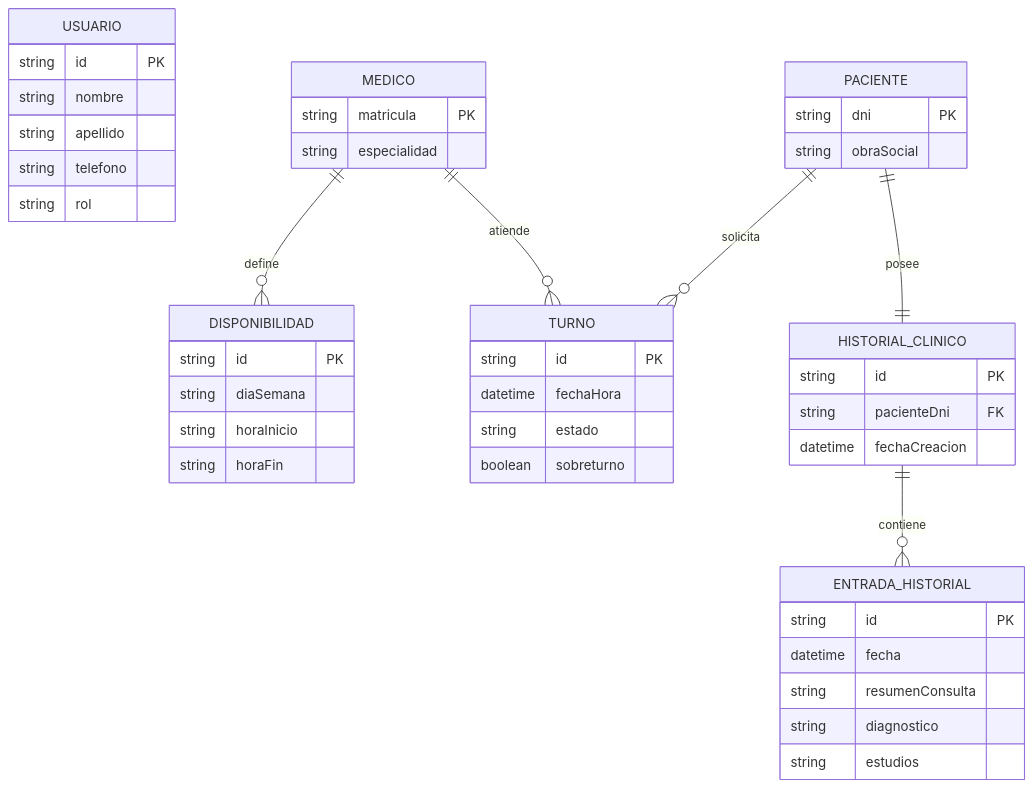
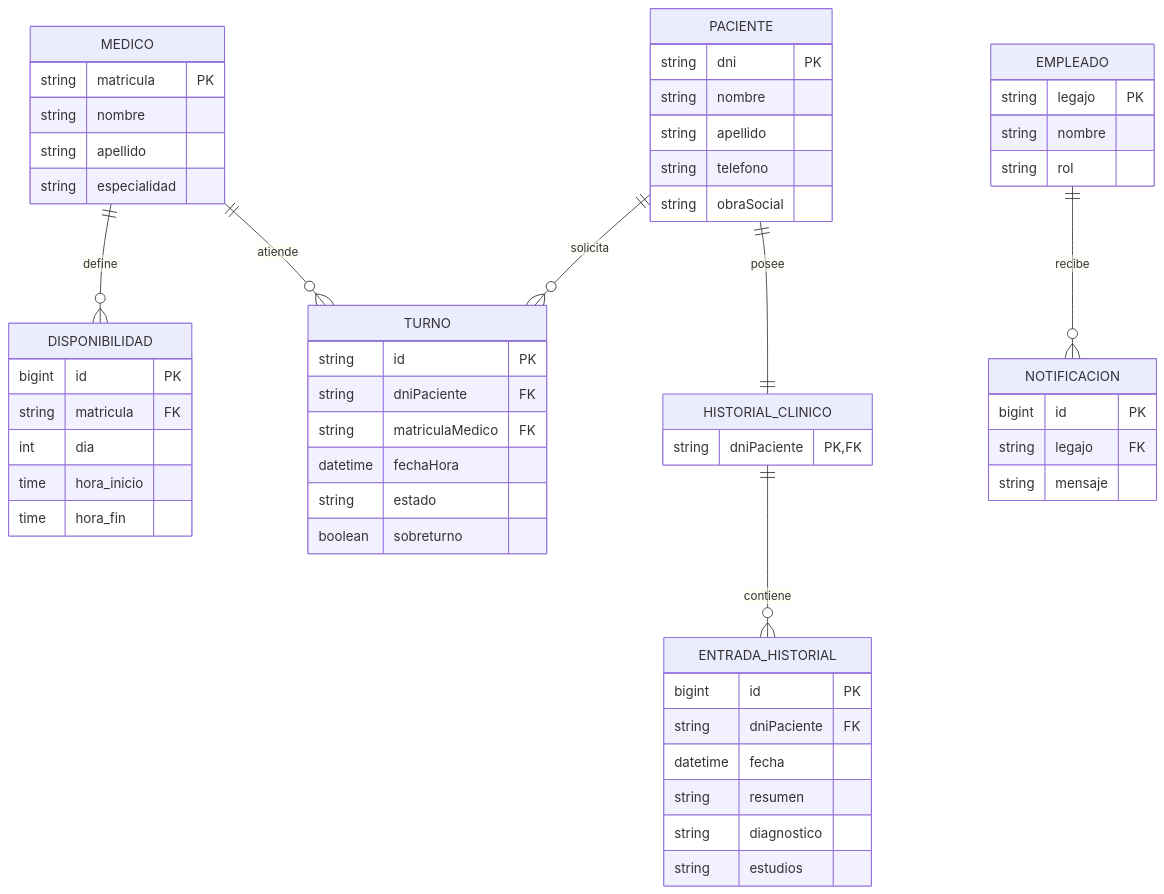
Before and after one commit to Camila-Ianni/HealthHub: the first of 3 diagrams in diagrams/visualizacion-mermaid.md, drawn with Mermaid. The commit also changed other lines of this file and 40 other files, not shown here.

````diff
--- a/diagrams/visualizacion-mermaid.md
+++ b/diagrams/visualizacion-mermaid.md
@@ -5,54 +5,67 @@
 ```mermaid
 erDiagram
-    USUARIO {
-        string id PK
+    %% Esquema SQL de HealthHub (compatible con MySQL; runtime actual en H2 modo MySQL)
+    EMPLEADO {
+        string legajo PK
         string nombre
-        string apellido
-        string telefono
         string rol
     }
 
     PACIENTE {
         string dni PK
+        string nombre
+        string apellido
+        string telefono
         string obraSocial
     }
 
     MEDICO {
         string matricula PK
+        string nombre
+        string apellido
         string especialidad
     }
 
     DISPONIBILIDAD {
-        string id PK
-        string diaSemana
-        string horaInicio
-        string horaFin
+        bigint id PK
+        string matricula FK
+        int dia
+        time hora_inicio
+        time hora_fin
     }
 
     TURNO {
         string id PK
+        string dniPaciente FK
+        string matriculaMedico FK
         datetime fechaHora
         string estado
         boolean sobreturno
     }
 
     HISTORIAL_CLINICO {
-        string id PK
-        string pacienteDni FK
-        datetime fechaCreacion
+        string dniPaciente PK, FK
     }
 
     ENTRADA_HISTORIAL {
-        string id PK
+        bigint id PK
+        string dniPaciente FK
         datetime fecha
-        string resumenConsulta
+        string resumen
         string diagnostico
         string estudios
+    }
+
+    NOTIFICACION {
+        bigint id PK
+        string legajo FK
+        string mensaje
     }
 
     PACIENTE ||--|| HISTORIAL_CLINICO : posee
     HISTORIAL_CLINICO ||--o{ ENTRADA_HISTORIAL : contiene
     MEDICO ||--o{ DISPONIBILIDAD : define
     PACIENTE ||--o{ TURNO : solicita
     MEDICO ||--o{ TURNO : atiende
+    EMPLEADO ||--o{ NOTIFICACION : recibe
 ```
````
